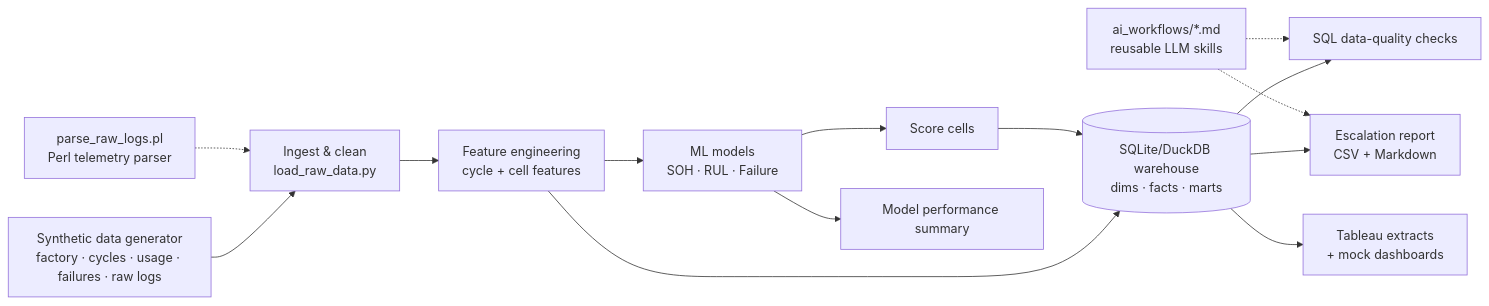
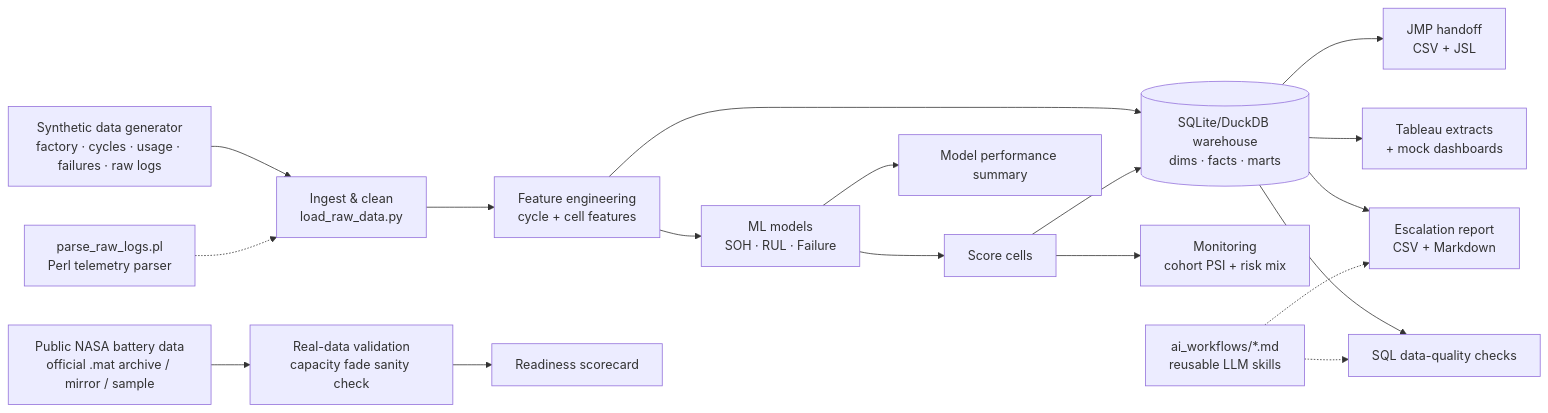
One commit to bobaoxu2001/Battery-Failure-Intelligence-Platform changed the diagram in README.md. Above: the diagram before and after it, drawn with Mermaid. The commit also changed other lines of this file and 36 other files, not shown here.

First line of the commit message:
Add real NASA .mat archive ingestion + land supporting modules

````diff
--- a/README.md
+++ b/README.md
@@ -56,16 +62,20 @@
 ```mermaid
 flowchart LR
     GEN[Synthetic data generator<br/>factory · cycles · usage · failures · raw logs] --> ING[Ingest & clean<br/>load_raw_data.py]
+    REAL[Public NASA battery data<br/>official .mat archive / mirror / sample] --> RV[Real-data validation<br/>capacity fade sanity check]
     PERL[parse_raw_logs.pl<br/>Perl telemetry parser] -.-> ING
     ING --> FEAT[Feature engineering<br/>cycle + cell features]
     FEAT --> WH[(SQLite/DuckDB warehouse<br/>dims · facts · marts)]
     WH --> QC[SQL data-quality checks]
     FEAT --> ML[ML models<br/>SOH · RUL · Failure]
     ML --> SCORE[Score cells]
     SCORE --> WH
     WH --> ESC[Escalation report<br/>CSV + Markdown]
     WH --> TAB[Tableau extracts<br/>+ mock dashboards]
+    WH --> JMP[JMP handoff<br/>CSV + JSL]
     ML --> PERF[Model performance summary]
+    SCORE --> MON[Monitoring<br/>cohort PSI + risk mix]
+    RV --> SCORECARD[Readiness scorecard]
     AI[ai_workflows/*.md<br/>reusable LLM skills] -.-> ESC
     AI -.-> QC
 ```
````
